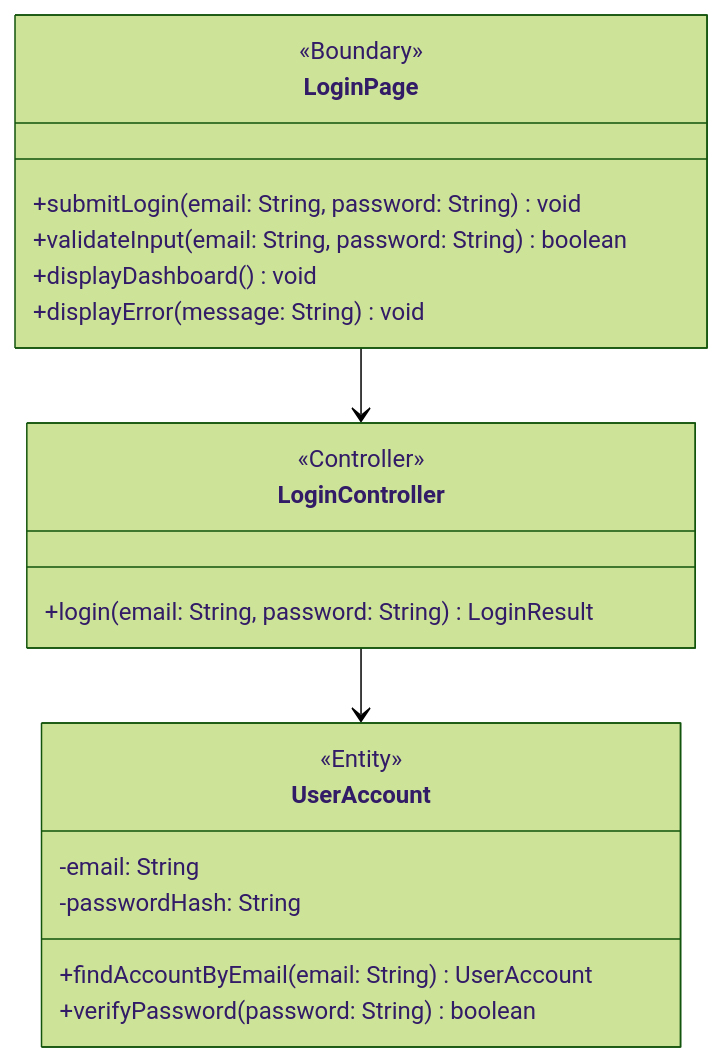
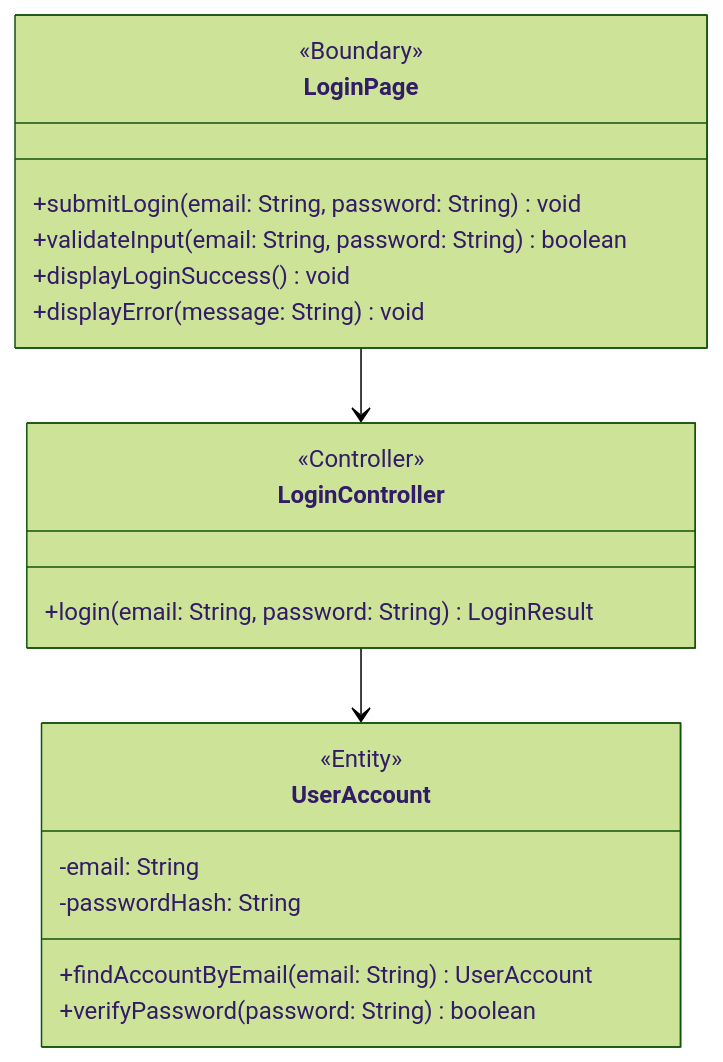
One commit to JSL124/SDM-project changed the diagram in docs/login/bce-diagram.md. Above: the diagram before and after it, drawn with Mermaid (forest theme). The commit also changed 14 other files, not shown here.

````diff
--- a/docs/login/bce-diagram.md
+++ b/docs/login/bce-diagram.md
@@ -3,26 +3,26 @@
 ```mermaid
 classDiagram
     class LoginPage {
         <<Boundary>>
         +submitLogin(email: String, password: String) void
         +validateInput(email: String, password: String) boolean
-        +displayDashboard() void
+        +displayLoginSuccess() void
         +displayError(message: String) void
     }
 
     class LoginController {
         <<Controller>>
         +login(email: String, password: String) LoginResult
     }
 
     class UserAccount {
         <<Entity>>
         -email: String
         -passwordHash: String
         +findAccountByEmail(email: String) UserAccount
         +verifyPassword(password: String) boolean
     }
 
     LoginPage --> LoginController
     LoginController --> UserAccount
 ```
````
